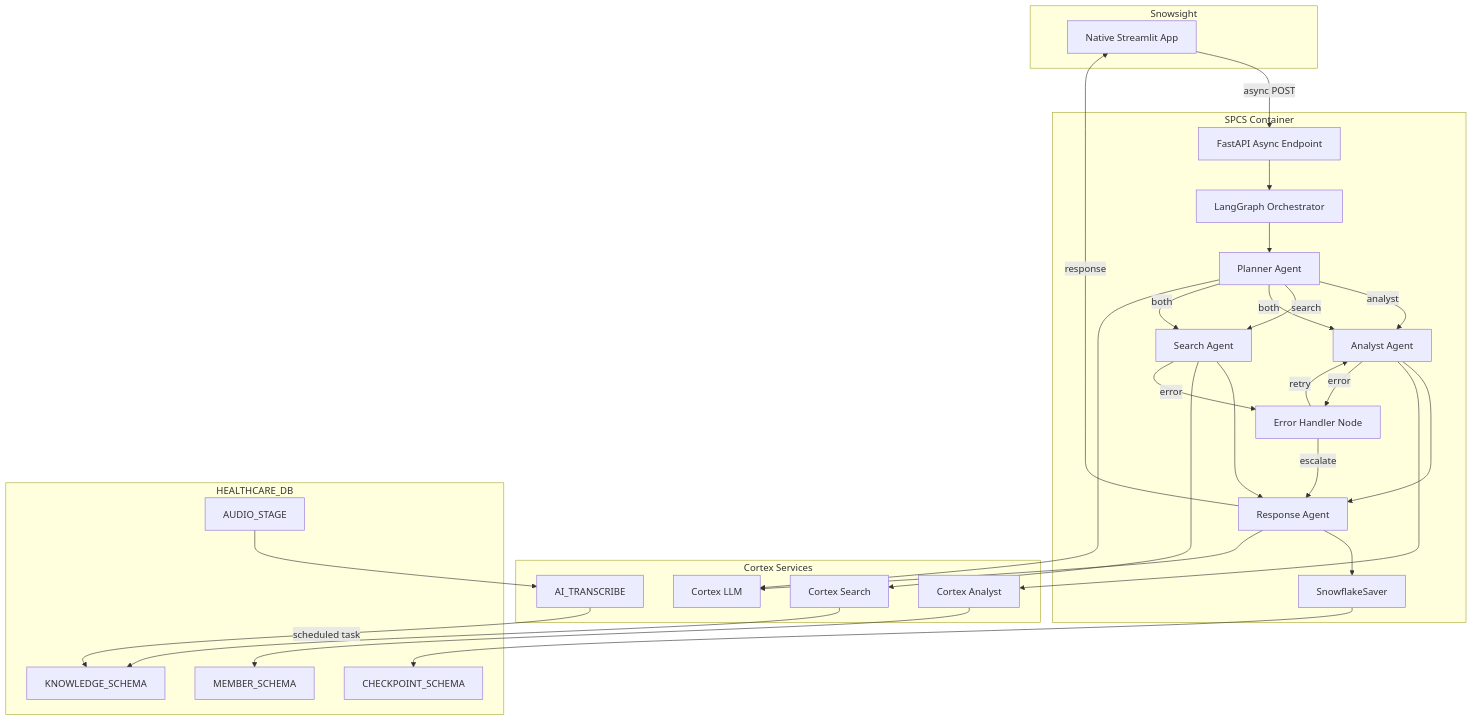
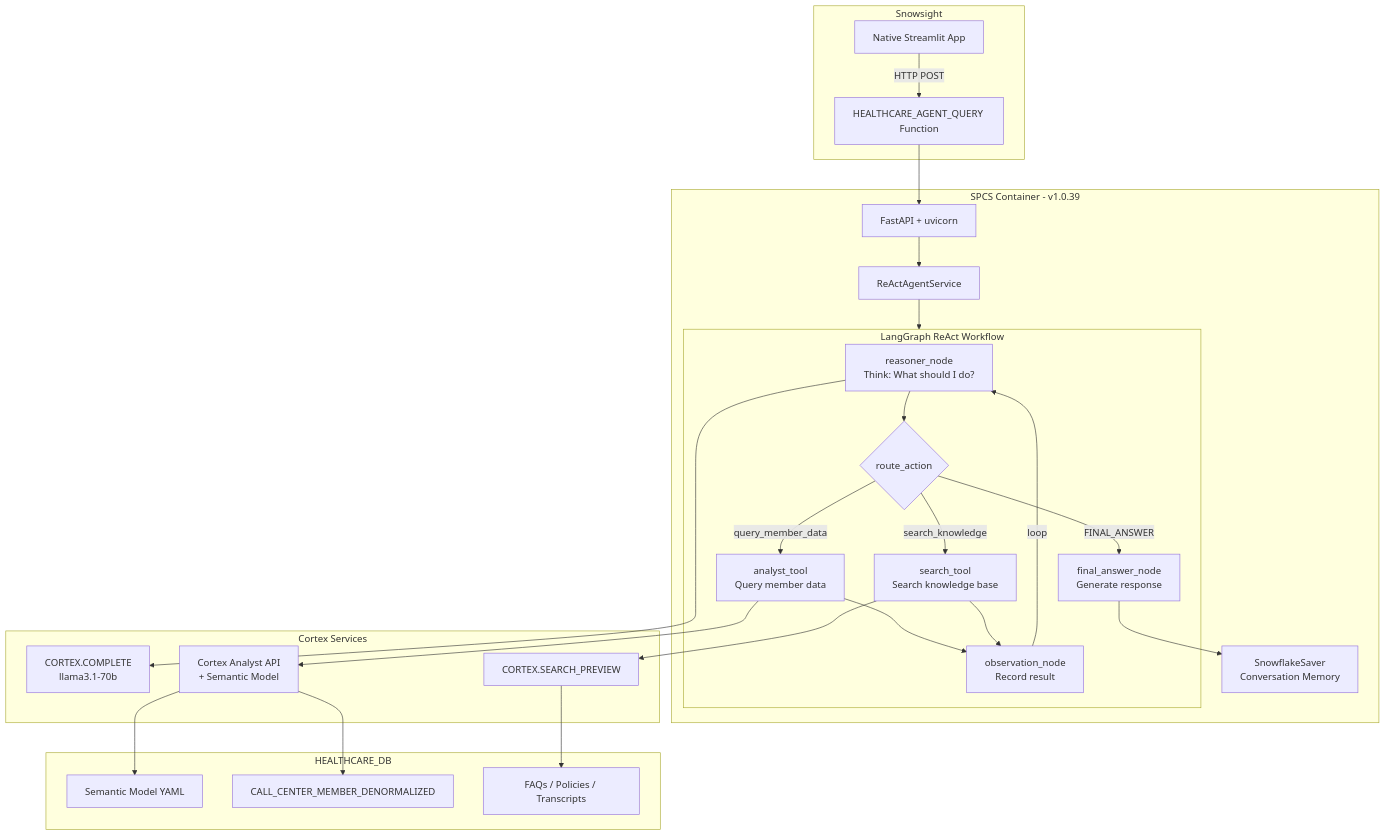
Before and after one commit to NikitaVoitov/snowflake-healthcare-agent: the diagram in README.md, drawn with Mermaid. The commit also changed other lines of this file and 1 other file, not shown here.

First line of the commit message:
docs: update README for ReAct architecture

````diff
--- a/README.md
+++ b/README.md
@@ -37,48 +40,58 @@
 ```mermaid
-flowchart TB
- subgraph snowsight["Snowsight"]
+flowchart TD
+    subgraph snowsight["Snowsight"]
         StreamlitApp["Native Streamlit App"]
-  end
- subgraph spcs["SPCS Container"]
-        FastAPI["FastAPI Async Endpoint"]
-        Orchestrator["LangGraph Orchestrator"]
-        Planner["Planner Agent"]
-        Analyst["Analyst Agent"]
-        Search["Search Agent"]
-        Response["Response Agent"]
-        ErrorHandler["Error Handler Node"]
-        Checkpointer["SnowflakeSaver"]
-  end
- subgraph cortex["Cortex Services"]
-        CortexAnalyst["Cortex Analyst"]
-        CortexSearch["Cortex Search"]
-        CortexLLM["Cortex LLM"]
-        AITranscribe["AI_TRANSCRIBE"]
-  end
- subgraph db["HEALTHCARE_DB"]
-        MemberSchema["MEMBER_SCHEMA"]
-        KnowledgeSchema["KNOWLEDGE_SCHEMA"]
-        CheckpointSchema["CHECKPOINT_SCHEMA"]
-        AudioStage["AUDIO_STAGE"]
-  end
-    FastAPI --> Orchestrator
-    Orchestrator --> Planner
-    Planner -- analyst --> Analyst
-    Planner -- search --> Search
-    Planner -- both --> Analyst & Search
-    Analyst --> Response & CortexAnalyst
-    Search --> Response & CortexSearch
-    Analyst -- error --> ErrorHandler
-    Search -- error --> ErrorHandler
-    ErrorHandler -- retry --> Analyst
-    ErrorHandler -- escalate --> Response
-    Response --> Checkpointer & CortexLLM
-    StreamlitApp -- async POST --> FastAPI
-    Response -- response --> StreamlitApp
-    Planner --> CortexLLM
-    CortexAnalyst --> MemberSchema
-    CortexSearch --> KnowledgeSchema
-    Checkpointer --> CheckpointSchema
-    AITranscribe -- scheduled task --> KnowledgeSchema
-    AudioStage --> AITranscribe
+        ServiceFunction["HEALTHCARE_AGENT_QUERY Function"]
+    end
+
+    subgraph spcs["SPCS Container - v1.0.39"]
+        FastAPI["FastAPI + uvicorn"]
+        ReactService["ReActAgentService"]
+        
+        subgraph react_graph["LangGraph ReAct Workflow"]
+            Reasoner["reasoner_node<br/>Think: What should I do?"]
+            Router{route_action}
+            AnalystTool["analyst_tool<br/>Query member data"]
+            SearchTool["search_tool<br/>Search knowledge base"]
+            Observation["observation_node<br/>Record result"]
+            FinalAnswer["final_answer_node<br/>Generate response"]
+        end
+        
+        Checkpointer["SnowflakeSaver<br/>Conversation Memory"]
+    end
+
+    subgraph cortex["Cortex Services"]
+        CortexComplete["CORTEX.COMPLETE<br/>llama3.1-70b"]
+        CortexAnalyst["Cortex Analyst API<br/>+ Semantic Model"]
+        CortexSearch["CORTEX.SEARCH_PREVIEW"]
+    end
+
+    subgraph db["HEALTHCARE_DB"]
+        SemanticModel["Semantic Model YAML"]
+        MemberData["CALL_CENTER_MEMBER_DENORMALIZED"]
+        KnowledgeData["FAQs / Policies / Transcripts"]
+    end
+
+    StreamlitApp -->|HTTP POST| ServiceFunction
+    ServiceFunction --> FastAPI
+    FastAPI --> ReactService
+    ReactService --> react_graph
+    
+    Reasoner --> Router
+    Router -->|query_member_data| AnalystTool
+    Router -->|search_knowledge| SearchTool
+    Router -->|FINAL_ANSWER| FinalAnswer
+    
+    AnalystTool --> Observation
+    SearchTool --> Observation
+    Observation -->|loop| Reasoner
+    
+    FinalAnswer --> Checkpointer
+    
+    Reasoner --> CortexComplete
+    AnalystTool --> CortexAnalyst
+    SearchTool --> CortexSearch
+    CortexAnalyst --> SemanticModel
+    CortexAnalyst --> MemberData
+    CortexSearch --> KnowledgeData
 ```
````
